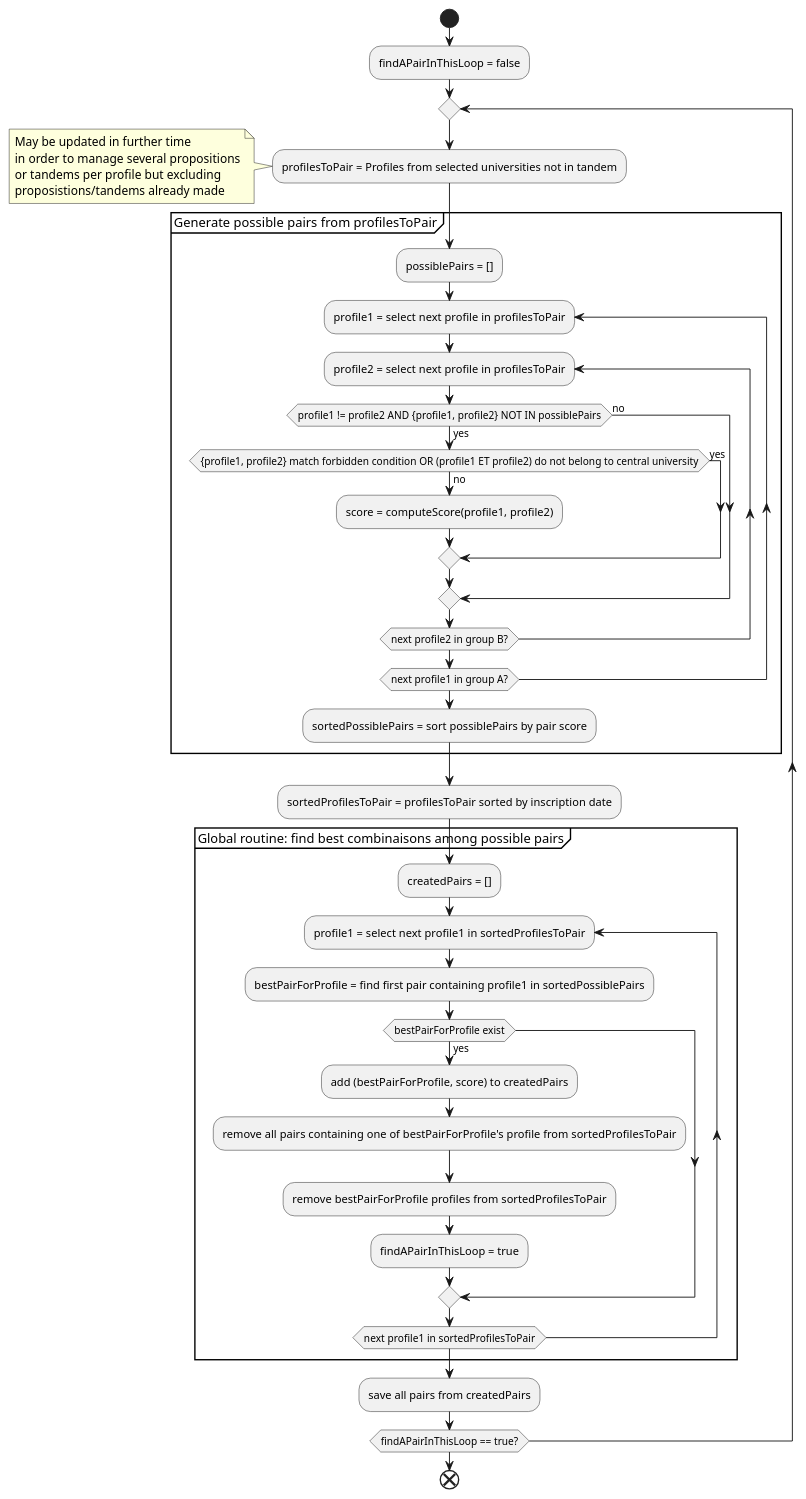
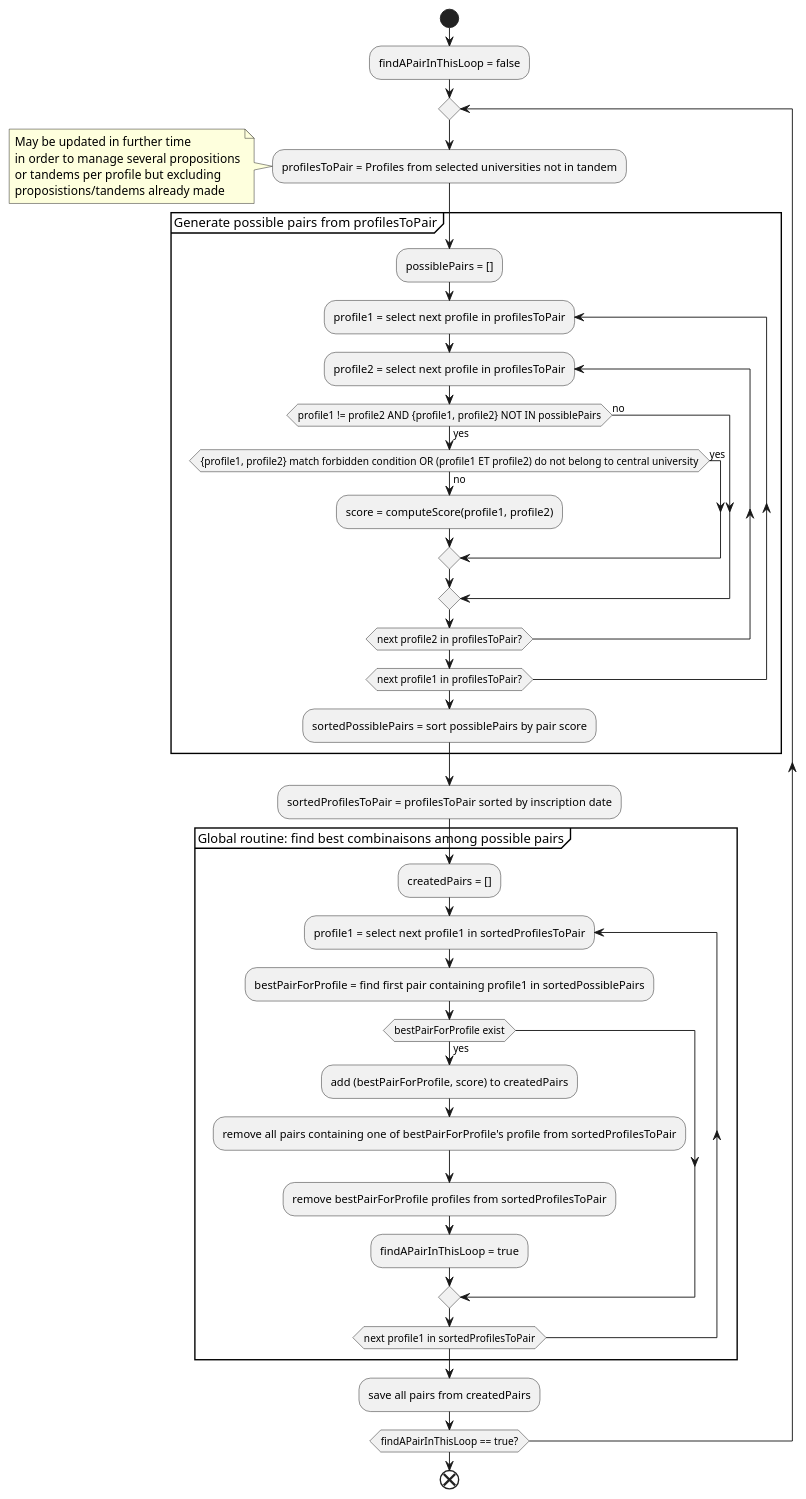
The first of 3 diagrams in docs/generateTandemsRoutines.md (univlorraine/ulep), drawn with PlantUML before and after one commit.

Commit message:
doc: fix wrong var name

````diff
--- a/docs/generateTandemsRoutines.md
+++ b/docs/generateTandemsRoutines.md
@@ -45,53 +45,53 @@
 ```plantuml
 start
 :findAPairInThisLoop = false;
 
 repeat
     :profilesToPair = Profiles from selected universities not in tandem;
     note
         May be updated in further time
         in order to manage several propositions
         or tandems per profile but excluding
         proposistions/tandems already made
     endnote
 
 
     group Generate possible pairs from profilesToPair
         :possiblePairs = [];
         repeat :profile1 = select next profile in profilesToPair;
             repeat :profile2 = select next profile in profilesToPair;
                 if (profile1 != profile2 AND {profile1, profile2} NOT IN possiblePairs) then (yes)
                     if ({profile1, profile2} match forbidden condition OR (profile1 ET profile2) do not belong to central university) then (no) 
                         :score = computeScore(profile1, profile2);
                     else (yes)
                     endif
                 else (no)
                 endif
-            repeat while (next profile2 in group B?)
-        repeat while (next profile1 in group A?)
+            repeat while (next profile2 in profilesToPair?)
+        repeat while (next profile1 in profilesToPair?)
         :sortedPossiblePairs = sort possiblePairs by pair score;
     end group
 
     :sortedProfilesToPair = profilesToPair sorted by inscription date;
 
     group Global routine: find best combinaisons among possible pairs
         :createdPairs = [];
         repeat :profile1 = select next profile1 in sortedProfilesToPair;
             :bestPairForProfile = find first pair containing profile1 in sortedPossiblePairs;
 
             if (bestPairForProfile exist) then (yes)
                 :add (bestPairForProfile, score) to createdPairs;
                 :remove all pairs containing one of bestPairForProfile's profile from sortedProfilesToPair;
                 :remove bestPairForProfile profiles from sortedProfilesToPair;
 
                 :findAPairInThisLoop = true;
             ' TODO: check if should not break the main loop in else case
             endif
         repeat while (next profile1 in sortedProfilesToPair)
     end group
 
     :save all pairs from createdPairs;
 repeat while (findAPairInThisLoop == true?)
 
 end
 ```
````
